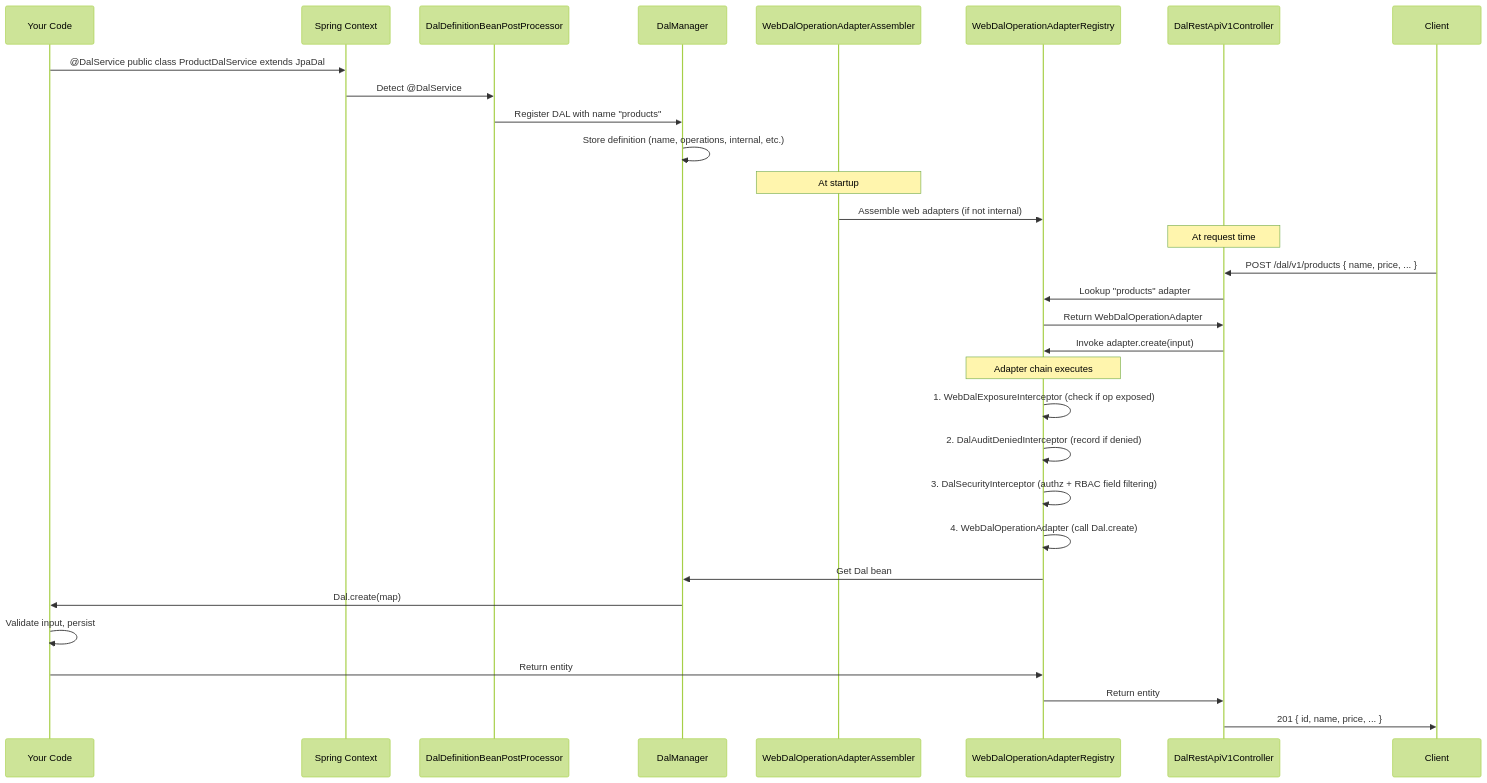
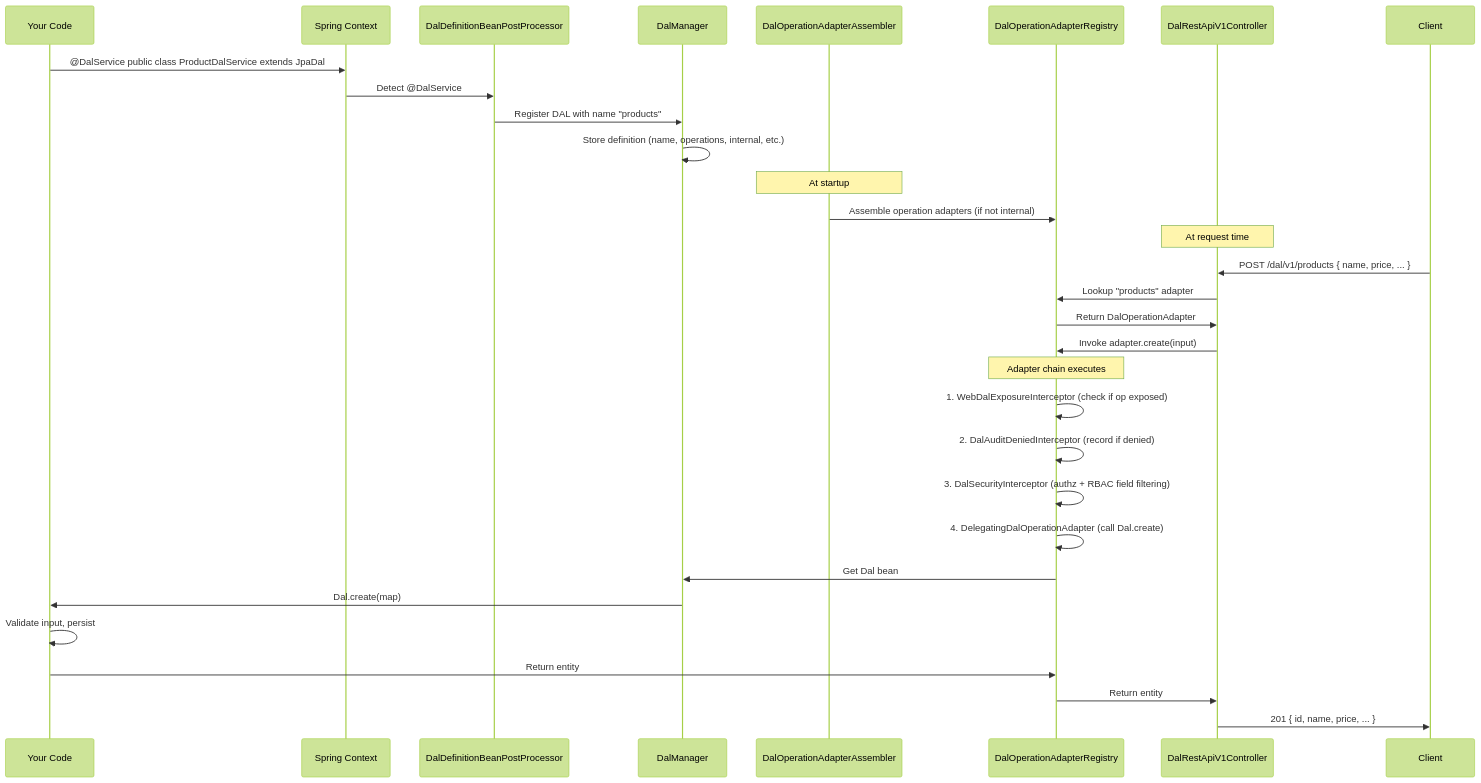
Before and after one commit to marcopag90/telaio: the third of 9 diagrams in docs/architecture.md, drawn with Mermaid (forest theme). The commit also changed other lines of this file and 43 other files, not shown here.

First line of the commit message:
feat(core): move the operation adapter assembly from telaio-web to telaio-core (#35)

````diff
--- a/docs/architecture.md
+++ b/docs/architecture.md
@@ -94,32 +94,32 @@
 ```mermaid
 sequenceDiagram
     participant Code as Your Code
     participant Spring as Spring Context
     participant PostProc as DalDefinitionBeanPostProcessor
     participant Manager as DalManager
-    participant Assembler as WebDalOperationAdapterAssembler
-    participant WebReg as WebDalOperationAdapterRegistry
+    participant Assembler as DalOperationAdapterAssembler
+    participant Registry as DalOperationAdapterRegistry
     participant Controller as DalRestApiV1Controller
     Code ->> Spring: @DalService public class ProductDalService extends JpaDal
     Spring ->> PostProc: Detect @DalService
     PostProc ->> Manager: Register DAL with name "products"
     Manager ->> Manager: Store definition (name, operations, internal, etc.)
     Note over Assembler: At startup
-    Assembler ->> WebReg: Assemble web adapters (if not internal)
+    Assembler ->> Registry: Assemble operation adapters (if not internal)
     Note over Controller: At request time
     Client ->> Controller: POST /dal/v1/products { name, price, ... }
-    Controller ->> WebReg: Lookup "products" adapter
-    WebReg ->> Controller: Return WebDalOperationAdapter
-    Controller ->> WebReg: Invoke adapter.create(input)
-    Note over WebReg: Adapter chain executes
-    WebReg ->> WebReg: 1. WebDalExposureInterceptor (check if op exposed)
-    WebReg ->> WebReg: 2. DalAuditDeniedInterceptor (record if denied)
-    WebReg ->> WebReg: 3. DalSecurityInterceptor (authz + RBAC field filtering)
-    WebReg ->> WebReg: 4. WebDalOperationAdapter (call Dal.create)
-    WebReg ->> Manager: Get Dal bean
+    Controller ->> Registry: Lookup "products" adapter
+    Registry ->> Controller: Return DalOperationAdapter
+    Controller ->> Registry: Invoke adapter.create(input)
+    Note over Registry: Adapter chain executes
+    Registry ->> Registry: 1. WebDalExposureInterceptor (check if op exposed)
+    Registry ->> Registry: 2. DalAuditDeniedInterceptor (record if denied)
+    Registry ->> Registry: 3. DalSecurityInterceptor (authz + RBAC field filtering)
+    Registry ->> Registry: 4. DelegatingDalOperationAdapter (call Dal.create)
+    Registry ->> Manager: Get Dal bean
     Manager ->> Code: Dal.create(map)
     Code ->> Code: Validate input, persist
-    Code ->> WebReg: Return entity
-    WebReg ->> Controller: Return entity
+    Code ->> Registry: Return entity
+    Registry ->> Controller: Return entity
     Controller ->> Client: 201 { id, name, price, ... }
 ```
````
